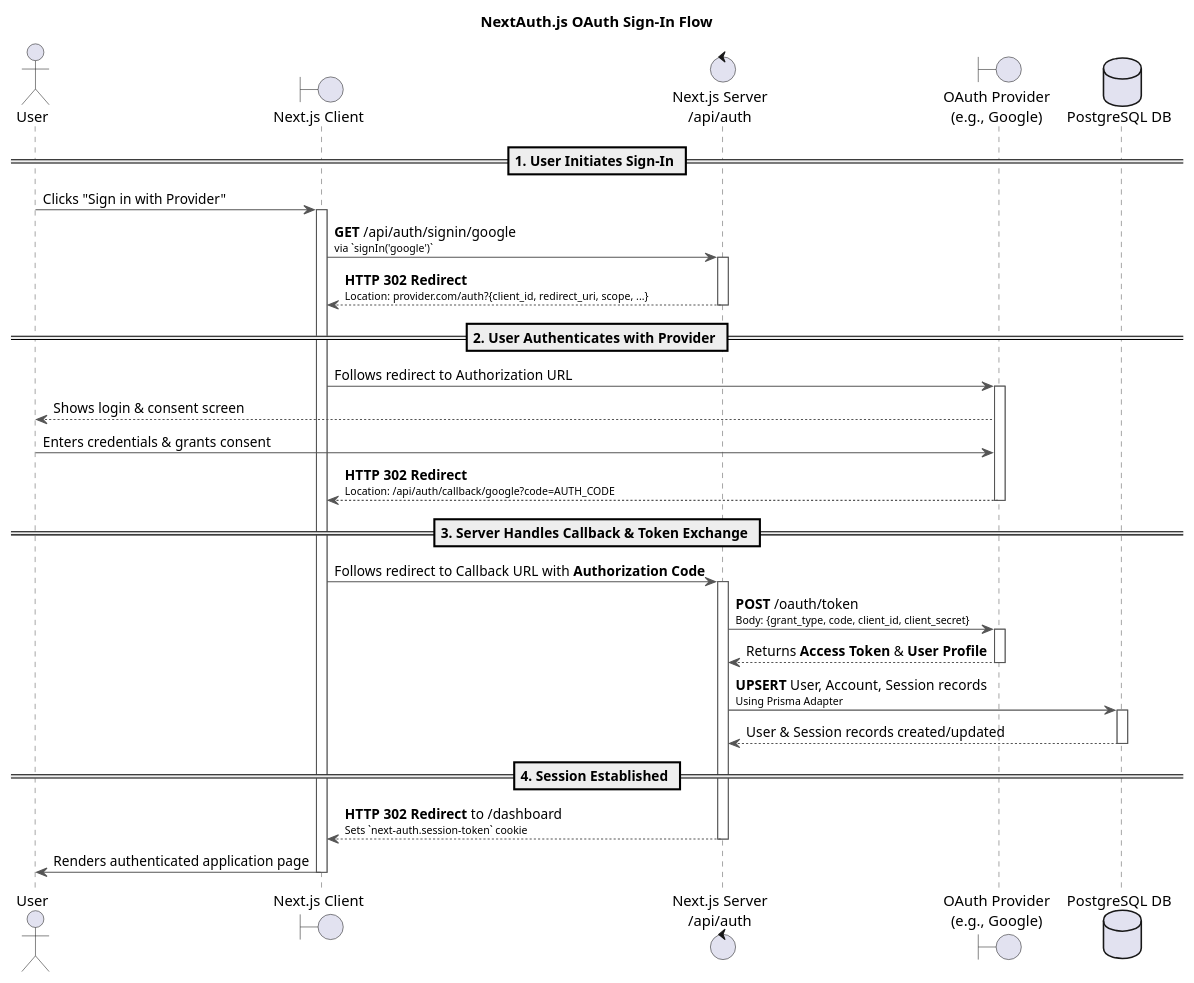
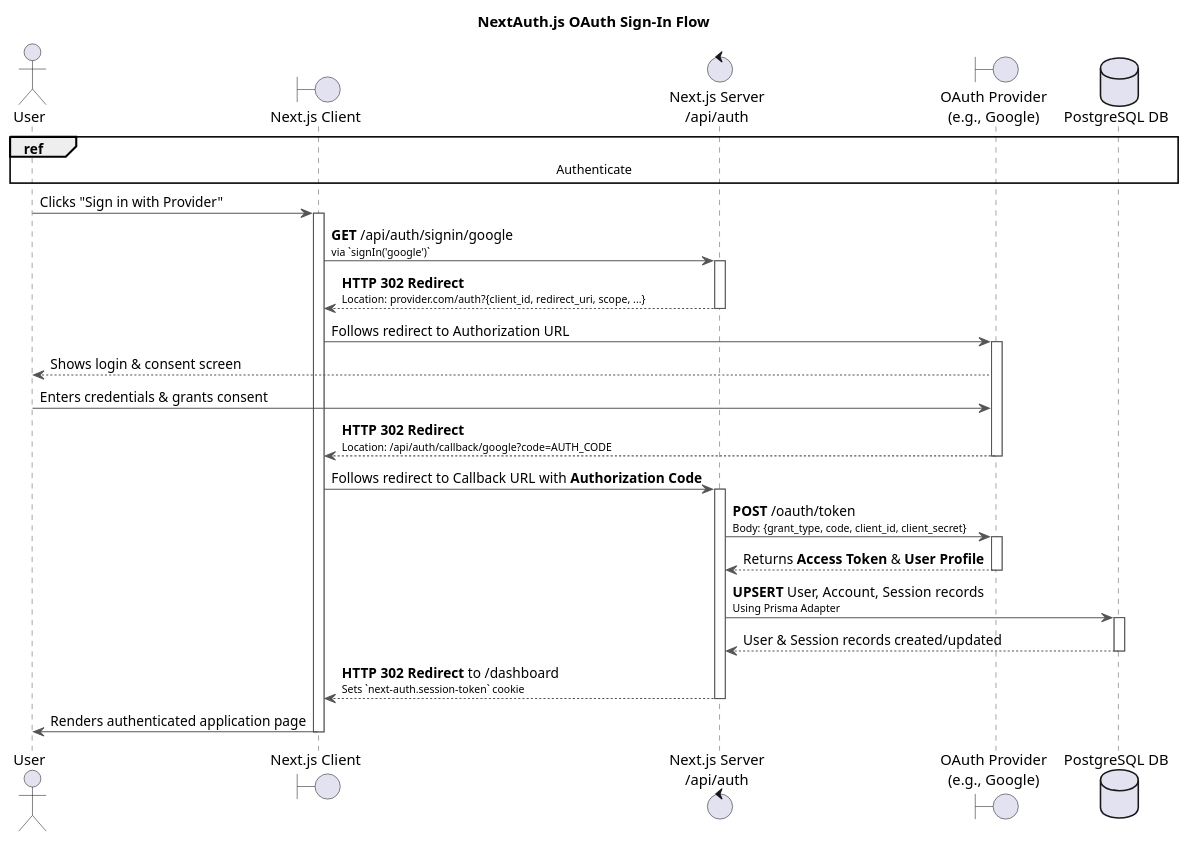
Before and after one commit to souhaib-askri/report_pfe: the diagram in conception/SprintII/sequence_diagrams/sequence_authentication_1_1_AuthenticateUsingGoogleAccount.puml, drawn with PlantUML. The commit also changed 62 other files, not shown here.

```diff
--- a/conception/SprintII/sequence_diagrams/sequence_authentication_1_1_AuthenticateUsingGoogleAccount.puml
+++ b/conception/SprintII/sequence_diagrams/sequence_authentication_1_1_AuthenticateUsingGoogleAccount.puml
@@ -1,55 +1,51 @@
 @startuml
 title NextAuth.js OAuth Sign-In Flow
 
 actor User
 boundary "Next.js Client" as Client
 control "Next.js Server\n/api/auth" as Server
 boundary "OAuth Provider\n(e.g., Google)" as Provider
 database "PostgreSQL DB" as DB
 
 skinparam sequence {
     ArrowColor #555
     ActorBorderColor #555
     LifeLineBorderColor #555
     ParticipantBorderColor #007bff
     DatabaseBorderColor #d9534f
     ControlBorderColor #5cb85c
     BoundaryBorderColor #f0ad4e
 }
-
-== 1. User Initiates Sign-In ==
+ref over User, DB: Authenticate
 User -> Client: Clicks "Sign in with Provider"
 activate Client
 Client -> Server: **GET** /api/auth/signin/google\n<font size=10>via `signIn('google')`</font>
 activate Server
 Server --> Client: **HTTP 302 Redirect**\n<font size=10>Location: provider.com/auth?{client_id, redirect_uri, scope, ...}</font>
 deactivate Server
 
-== 2. User Authenticates with Provider ==
 Client -> Provider: Follows redirect to Authorization URL
 activate Provider
 Provider --> User: Shows login & consent screen
 User -> Provider: Enters credentials & grants consent
 Provider --> Client: **HTTP 302 Redirect**\n<font size=10>Location: /api/auth/callback/google?code=AUTH_CODE</font>
 deactivate Provider
 
-== 3. Server Handles Callback & Token Exchange ==
 Client -> Server: Follows redirect to Callback URL with **Authorization Code**
 activate Server
 Server -> Provider: **POST** /oauth/token\n<font size=10>Body: {grant_type, code, client_id, client_secret}</font>
 activate Provider
 Provider --> Server: Returns **Access Token** & **User Profile**
 deactivate Provider
 
 Server -> DB: **UPSERT** User, Account, Session records\n<font size=10>Using Prisma Adapter</font>
 activate DB
 DB --> Server: User & Session records created/updated
 deactivate DB
 
-== 4. Session Established ==
 Server --> Client: **HTTP 302 Redirect** to /dashboard\n<font size=10>Sets `next-auth.session-token` cookie</font>
 deactivate Server
 Client -> User: Renders authenticated application page
 deactivate Client
 
 @enduml
```
